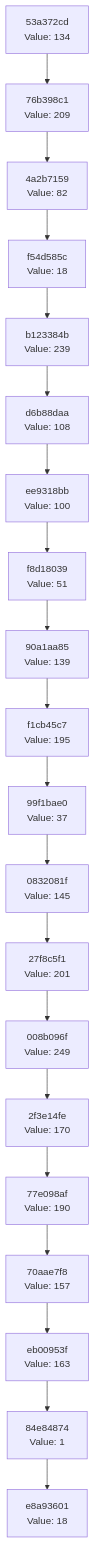
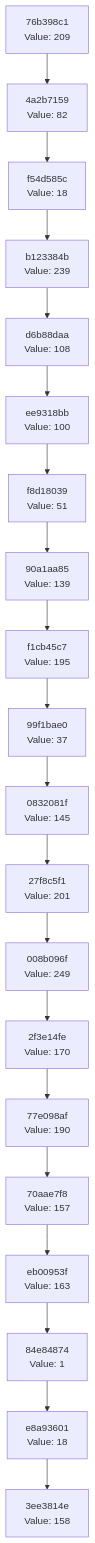
One commit to Abhisheksinha1506/hash-chain-evolver changed the diagram in docs/CHAIN_VISUALIZATION.md. Above: the diagram before and after it, drawn with Mermaid. The commit also changed 2 other files, not shown here.

Commit message:
Evolution step: hash 0x9E → action executed

````diff
--- a/docs/CHAIN_VISUALIZATION.md
+++ b/docs/CHAIN_VISUALIZATION.md
@@ -3,42 +3,42 @@
 ```mermaid
 graph TD
-    C0["e8a93601<br/>Value: 18"]
-    C1["84e84874<br/>Value: 1"]
+    C0["3ee3814e<br/>Value: 158"]
+    C1["e8a93601<br/>Value: 18"]
     C1 --> C0
-    C2["eb00953f<br/>Value: 163"]
+    C2["84e84874<br/>Value: 1"]
     C2 --> C1
-    C3["70aae7f8<br/>Value: 157"]
+    C3["eb00953f<br/>Value: 163"]
     C3 --> C2
-    C4["77e098af<br/>Value: 190"]
+    C4["70aae7f8<br/>Value: 157"]
     C4 --> C3
-    C5["2f3e14fe<br/>Value: 170"]
+    C5["77e098af<br/>Value: 190"]
     C5 --> C4
-    C6["008b096f<br/>Value: 249"]
+    C6["2f3e14fe<br/>Value: 170"]
     C6 --> C5
-    C7["27f8c5f1<br/>Value: 201"]
+    C7["008b096f<br/>Value: 249"]
     C7 --> C6
-    C8["0832081f<br/>Value: 145"]
+    C8["27f8c5f1<br/>Value: 201"]
     C8 --> C7
-    C9["99f1bae0<br/>Value: 37"]
+    C9["0832081f<br/>Value: 145"]
     C9 --> C8
-    C10["f1cb45c7<br/>Value: 195"]
+    C10["99f1bae0<br/>Value: 37"]
     C10 --> C9
-    C11["90a1aa85<br/>Value: 139"]
+    C11["f1cb45c7<br/>Value: 195"]
     C11 --> C10
-    C12["f8d18039<br/>Value: 51"]
+    C12["90a1aa85<br/>Value: 139"]
     C12 --> C11
-    C13["ee9318bb<br/>Value: 100"]
+    C13["f8d18039<br/>Value: 51"]
     C13 --> C12
-    C14["d6b88daa<br/>Value: 108"]
+    C14["ee9318bb<br/>Value: 100"]
     C14 --> C13
-    C15["b123384b<br/>Value: 239"]
+    C15["d6b88daa<br/>Value: 108"]
     C15 --> C14
-    C16["f54d585c<br/>Value: 18"]
+    C16["b123384b<br/>Value: 239"]
     C16 --> C15
-    C17["4a2b7159<br/>Value: 82"]
+    C17["f54d585c<br/>Value: 18"]
     C17 --> C16
-    C18["76b398c1<br/>Value: 209"]
+    C18["4a2b7159<br/>Value: 82"]
     C18 --> C17
-    C19["53a372cd<br/>Value: 134"]
+    C19["76b398c1<br/>Value: 209"]
     C19 --> C18
 ```
````
